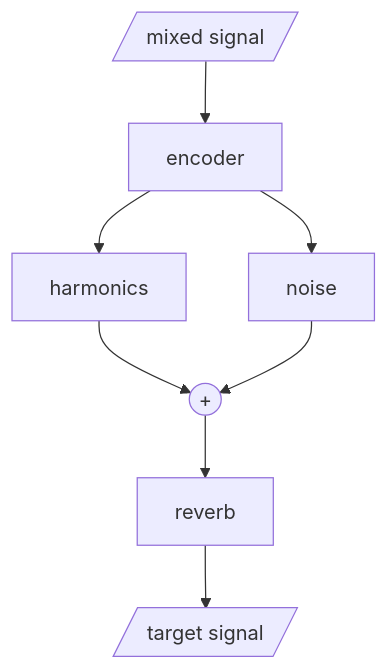
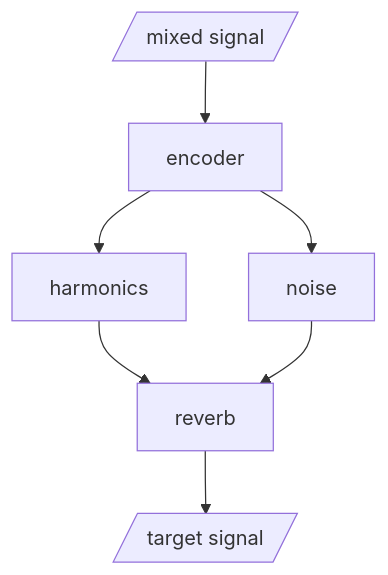
One commit to vivekvjyn/vocal-separation changed the diagram in README.md. Above: the diagram before and after it, drawn with Mermaid.

````diff
--- a/README.md
+++ b/README.md
@@ -3,10 +3,9 @@
 ```mermaid
 flowchart TD
     A[/mixed signal/] --> B[encoder]
     B --> C[harmonics]
     B --> D[noise]
-    C --> E((+))
+    C --> E[reverb]
     D --> E
-    E --> F[reverb]
-    F --> G[/target signal/]
+    E --> F[/target signal/]
 ```
````
